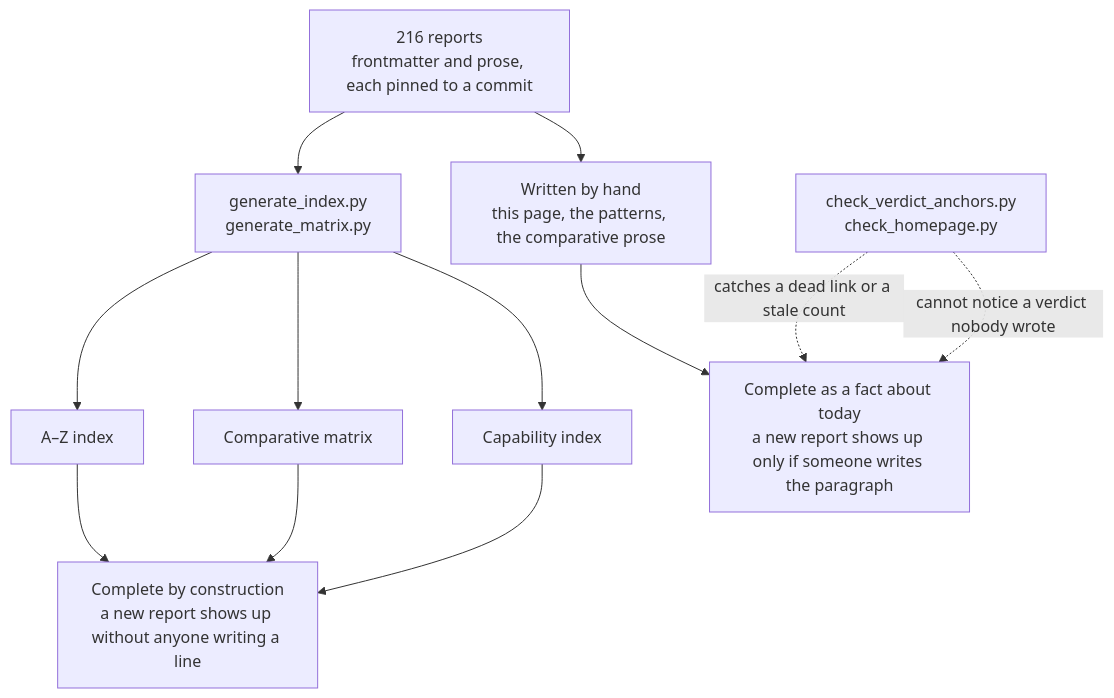
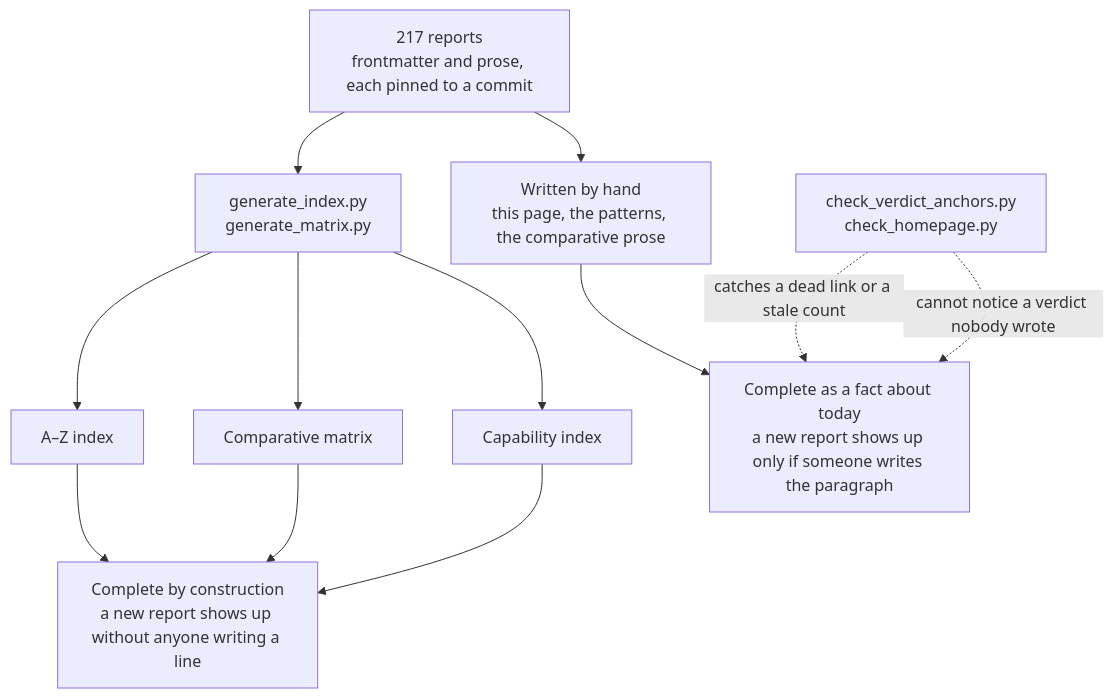
Before and after one commit to neoneye/agent-memory-atlas: the diagram in content/verdicts.md, drawn with Mermaid. The commit also changed other lines of this file and 19 other files, not shown here.

````diff
--- a/content/verdicts.md
+++ b/content/verdicts.md
@@ -40,15 +40,15 @@
 ```mermaid
 flowchart TD
-    R["216 reports<br/>frontmatter and prose, each pinned to a commit"]
+    R["217 reports<br/>frontmatter and prose, each pinned to a commit"]
     R --> GEN["generate_index.py<br/>generate_matrix.py"]
     R --> HAND["Written by hand<br/>this page, the patterns, the comparative prose"]
     GEN --> AZ["A–Z index"]
     GEN --> MX["Comparative matrix"]
     GEN --> CI["Capability index"]
     AZ --> CONST["Complete by construction<br/>a new report shows up without anyone writing a line"]
     MX --> CONST
     CI --> CONST
     HAND --> TODAY["Complete as a fact about today<br/>a new report shows up only if someone writes the paragraph"]
     CHK["check_verdict_anchors.py<br/>check_homepage.py"] -.->|"catches a dead link or a stale count"| TODAY
     CHK -.->|"cannot notice a verdict nobody wrote"| TODAY
 ```
````
